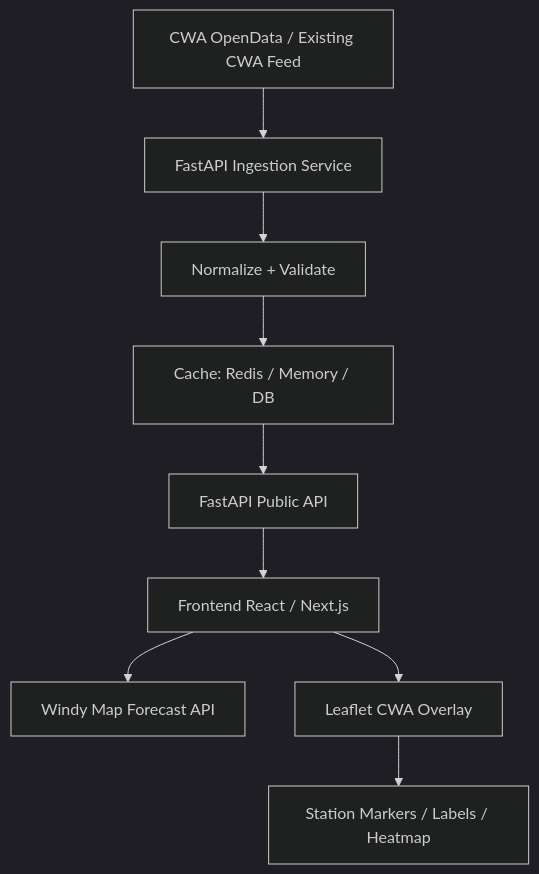
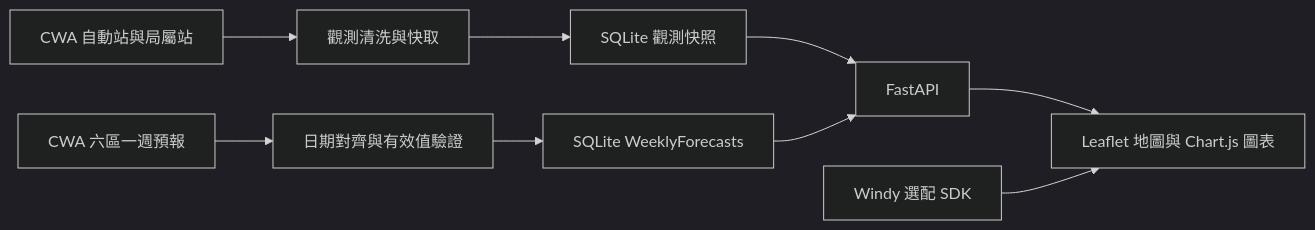
Before and after one commit to Wesley0628c/AloT_L3_CWA_HW1: the diagram in design.md, drawn with Mermaid (dark theme). The commit also changed other lines of this file and 32 other files, not shown here.

Commit message:
feat: integrate weekly forecasts and live station dashboard

````diff
--- a/design.md
+++ b/design.md
@@ -101,11 +3,11 @@
 ```mermaid
-flowchart TD
-    A[CWA OpenData / Existing CWA Feed] --> B[FastAPI Ingestion Service]
-    B --> C[Normalize + Validate]
-    C --> D[Cache: Redis / Memory / DB]
-    D --> E[FastAPI Public API]
-    E --> F[Frontend React / Next.js]
-    F --> G[Windy Map Forecast API]
-    F --> H[Leaflet CWA Overlay]
-    H --> I[Station Markers / Labels / Heatmap]
+flowchart LR
+    A[CWA 自動站與局屬站] --> B[觀測清洗與快取]
+    C[CWA 六區一週預報] --> D[日期對齊與有效值驗證]
+    B --> E[SQLite 觀測快照]
+    D --> F[SQLite WeeklyForecasts]
+    E --> G[FastAPI]
+    F --> G
+    G --> H[Leaflet 地圖與 Chart.js 圖表]
+    I[Windy 選配 SDK] --> H
 ```
````
